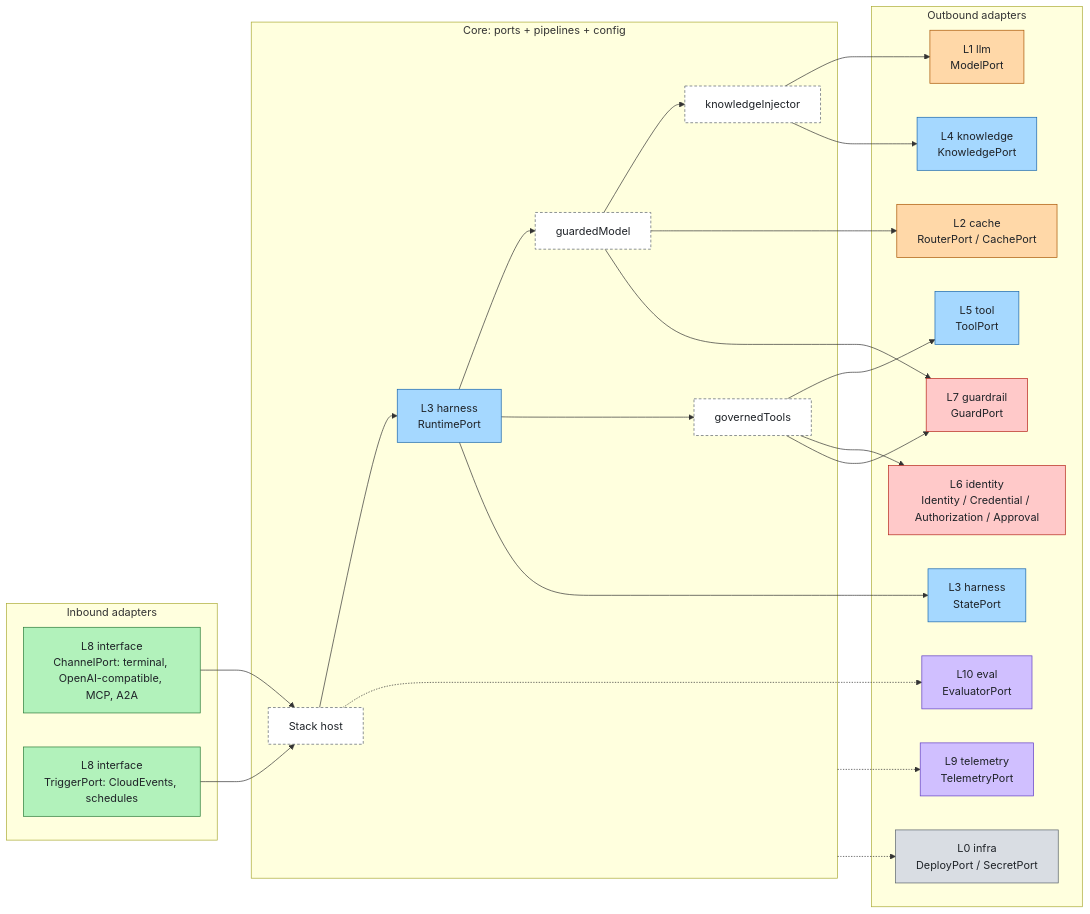
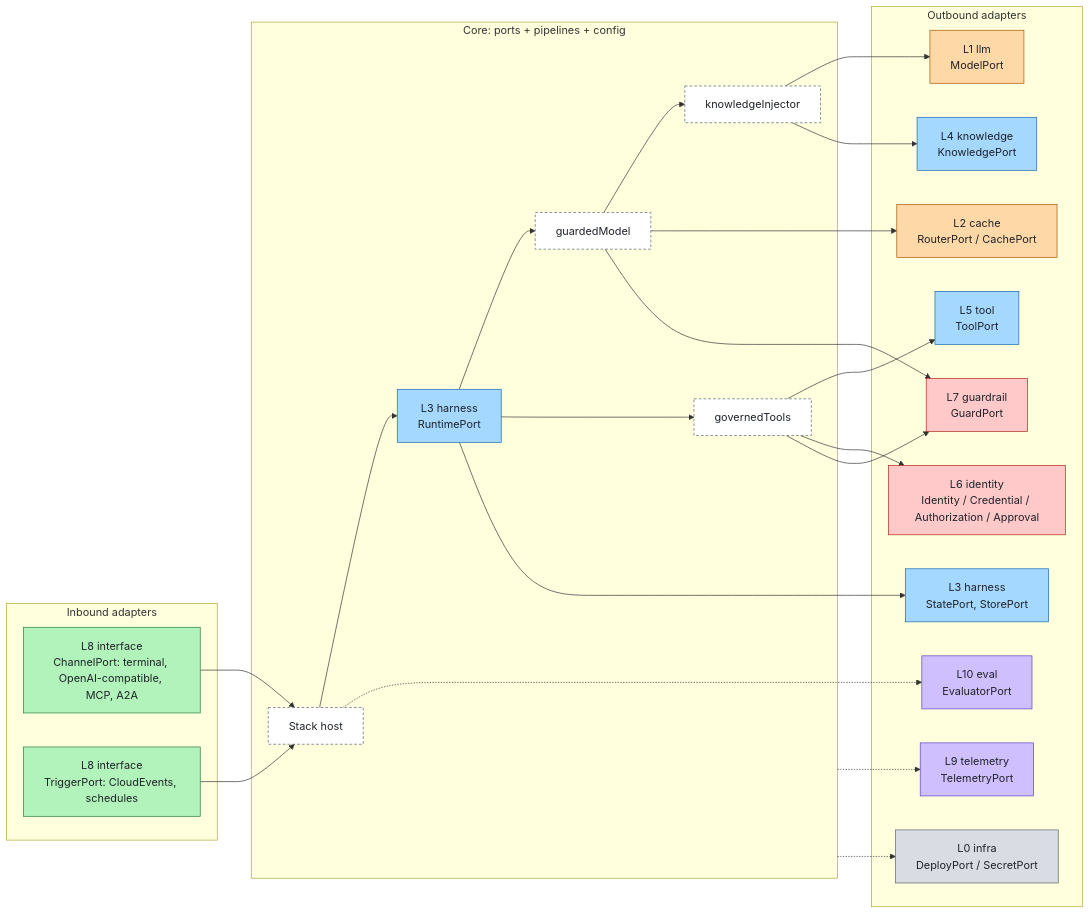
The first of 3 diagrams in docs/architecture.md (aantenore/agent-layers), drawn with Mermaid before and after one commit. The commit also changed other lines of this file and 72 other files, not shown here.

First line of the commit message:
feat: StorePort, approval list and cancel, approval routes in the gateway

````diff
--- a/docs/architecture.md
+++ b/docs/architecture.md
@@ -36,47 +36,47 @@
 ```mermaid
 flowchart LR
   subgraph inbound[Inbound adapters]
     ch[L8 interface<br/>ChannelPort: terminal, OpenAI-compatible, MCP, A2A]:::experience
     tr[L8 interface<br/>TriggerPort: CloudEvents, schedules]:::experience
   end
   subgraph core[Core: ports + pipelines + config]
     host[Stack host]:::external
     gm[guardedModel]:::external
     ki[knowledgeInjector]:::external
     gt[governedTools]:::external
     rt[L3 harness<br/>RuntimePort]:::agent
   end
   subgraph outbound[Outbound adapters]
     m[L1 llm<br/>ModelPort]:::model
     r[L2 cache<br/>RouterPort / CachePort]:::model
     k[L4 knowledge<br/>KnowledgePort]:::agent
     t[L5 tool<br/>ToolPort]:::agent
     id[L6 identity<br/>Identity / Credential / Authorization / Approval]:::control
     g[L7 guardrail<br/>GuardPort]:::control
     te[L9 telemetry<br/>TelemetryPort]:::insight
     ev[L10 eval<br/>EvaluatorPort]:::insight
-    st[L3 harness<br/>StatePort]:::agent
+    st[L3 harness<br/>StatePort, StorePort]:::agent
     d[L0 infra<br/>DeployPort / SecretPort]:::foundation
   end
   ch --> host
   tr --> host
   host --> rt
   rt --> gm --> ki --> m
   gm --> r
   gm --> g
   ki --> k
   rt --> gt --> t
   gt --> id
   gt --> g
   rt --> st
   core -.-> te
   host -.-> ev
   core -.-> d
   classDef foundation fill:#d9dde3,stroke:#57606a,color:#1f2328
   classDef model fill:#ffd8a8,stroke:#a85400,color:#1f2328
   classDef agent fill:#a5d8ff,stroke:#1864ab,color:#1f2328
   classDef control fill:#ffc9c9,stroke:#b42318,color:#1f2328
   classDef experience fill:#b2f2bb,stroke:#2a7a38,color:#1f2328
   classDef insight fill:#d0bfff,stroke:#5f3dc4,color:#1f2328
   classDef external fill:#ffffff,stroke:#57606a,color:#1f2328,stroke-dasharray:4 3
 ```
````
